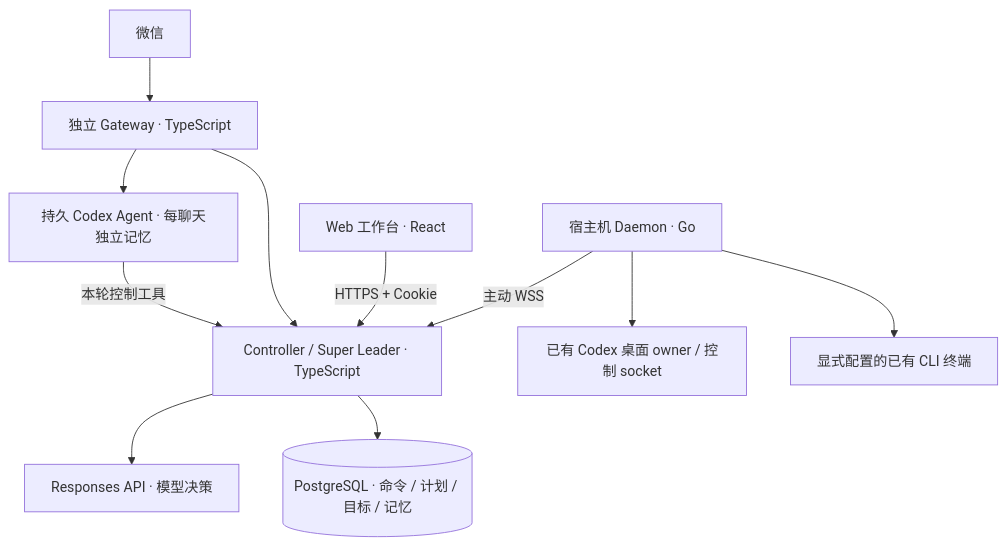
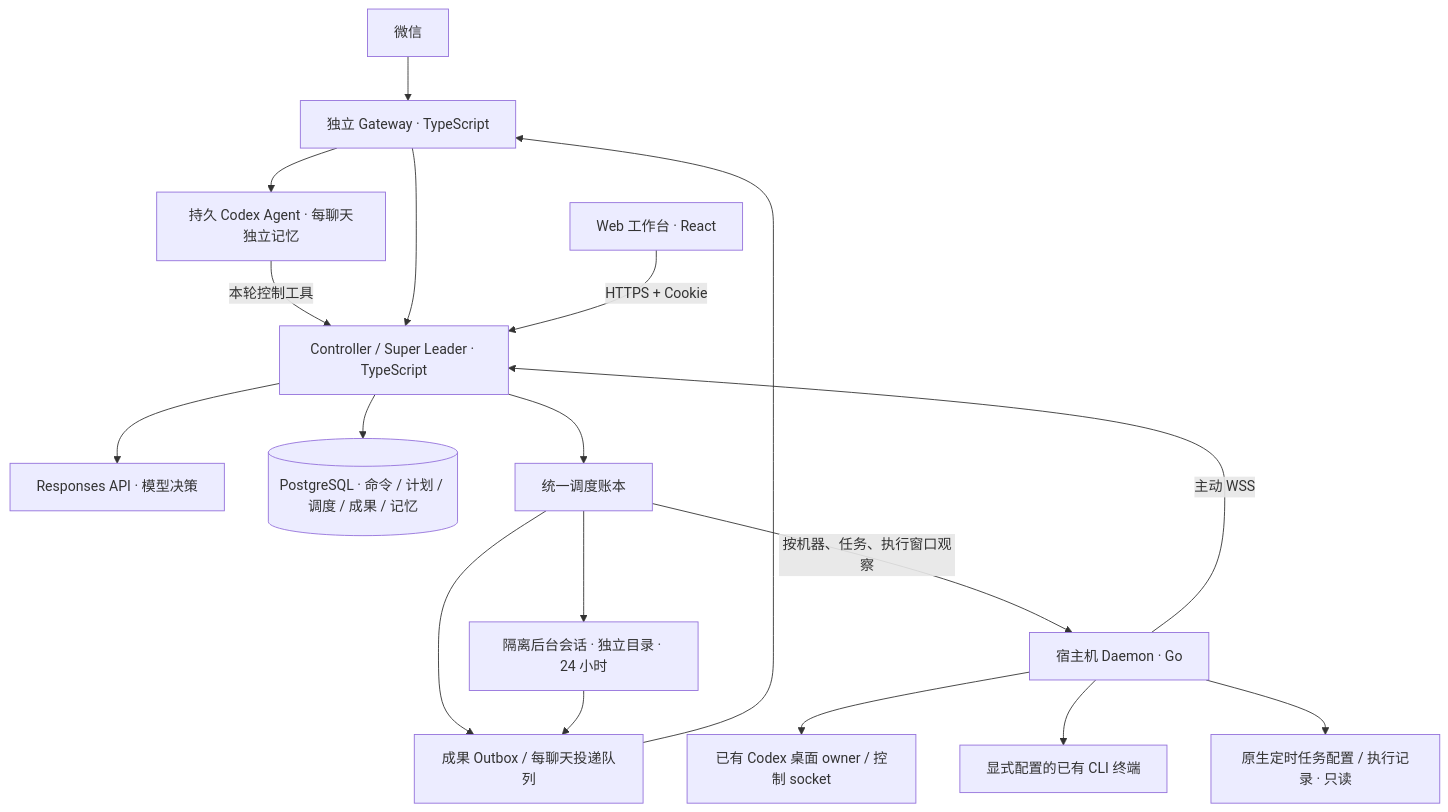
Before and after one commit to TaoSama/wechat-super-leader-bot: the diagram in README.md, drawn with Mermaid. The commit also changed other lines of this file and 73 other files, not shown here.

````diff
--- a/README.md
+++ b/README.md
@@ -8,13 +8,20 @@
 ```mermaid
 flowchart TB
   WX["微信"] --> GW["独立 Gateway · TypeScript"]
   GW --> CA["持久 Codex Agent · 每聊天独立记忆"]
   CA -->|本轮控制工具| C
   GW --> C["Controller / Super Leader · TypeScript"]
   W["Web 工作台 · React"] -->|HTTPS + Cookie| C
   C --> M["Responses API · 模型决策"]
-  C --> PG[("PostgreSQL · 命令 / 计划 / 目标 / 记忆")]
+  C --> PG[("PostgreSQL · 命令 / 计划 / 调度 / 成果 / 记忆")]
+  C --> A["统一调度账本"]
+  A --> B["隔离后台会话 · 独立目录 · 24 小时"]
+  A --> Q["成果 Outbox / 每聊天投递队列"]
+  B --> Q
+  Q --> GW
   D["宿主机 Daemon · Go"] -->|主动 WSS| C
   D --> O["已有 Codex 桌面 owner / 控制 socket"]
   D --> T["显式配置的已有 CLI 终端"]
+  D --> R["原生定时任务配置 / 执行记录 · 只读"]
+  A -->|按机器、任务、执行窗口观察| D
 ```
````
